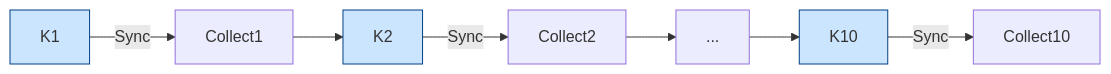
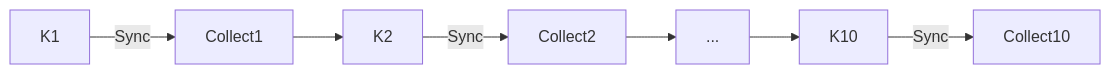
One commit to alirezaazadi/renoir changed diagram 18 of 45 in docs/GPU_MAP_OPERATOR.md. Above: the diagram before and after it, drawn with Mermaid. The commit also changed other lines of this file, not shown here.

Commit message:
doc: fix the mermaid charts issues

````diff
--- a/docs/GPU_MAP_OPERATOR.md
+++ b/docs/GPU_MAP_OPERATOR.md
@@ -1635,11 +1592,7 @@
 ```mermaid
 flowchart LR
     K1["K1"] -->|"Sync"| C1["Collect1"]
     C1 --> K2["K2"] -->|"Sync"| C2["Collect2"]
     C2 --> DOTS["..."]
     DOTS --> K10["K10"] -->|"Sync"| C10["Collect10"]
-
-    style K1 fill:#cce5ff,stroke:#004085
-    style K2 fill:#cce5ff,stroke:#004085
-    style K10 fill:#cce5ff,stroke:#004085
 ```
````
